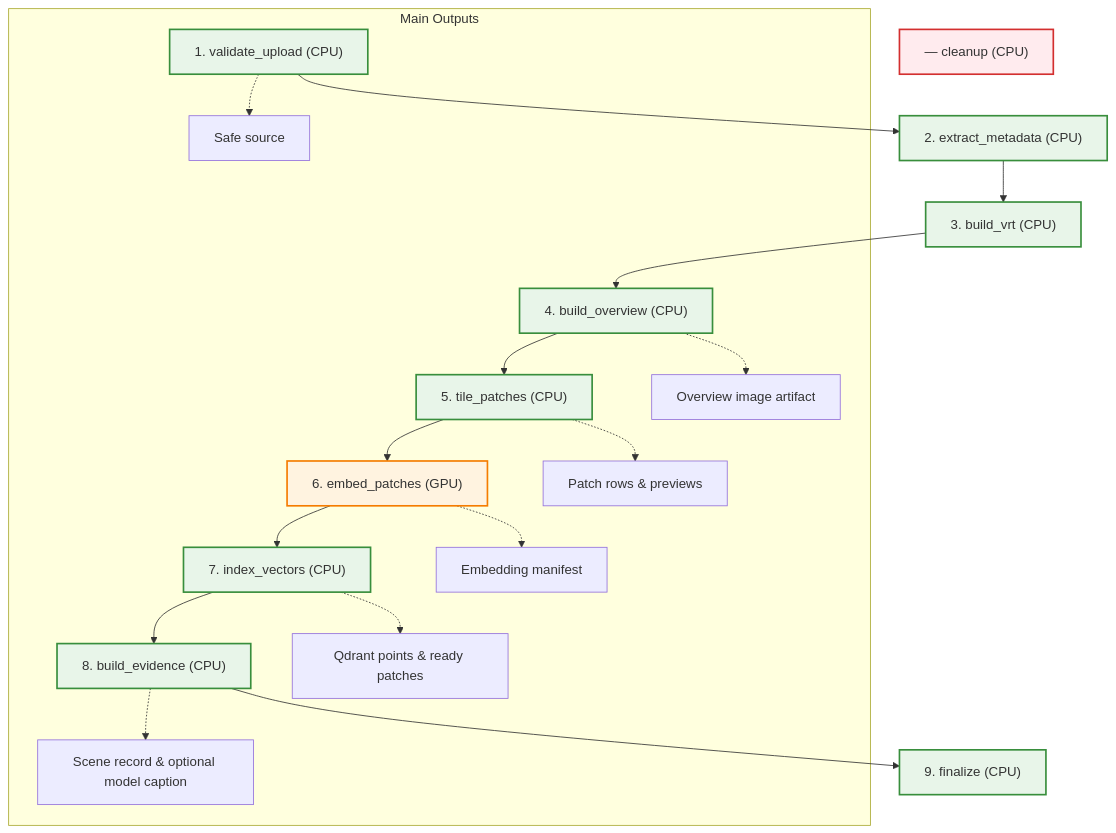
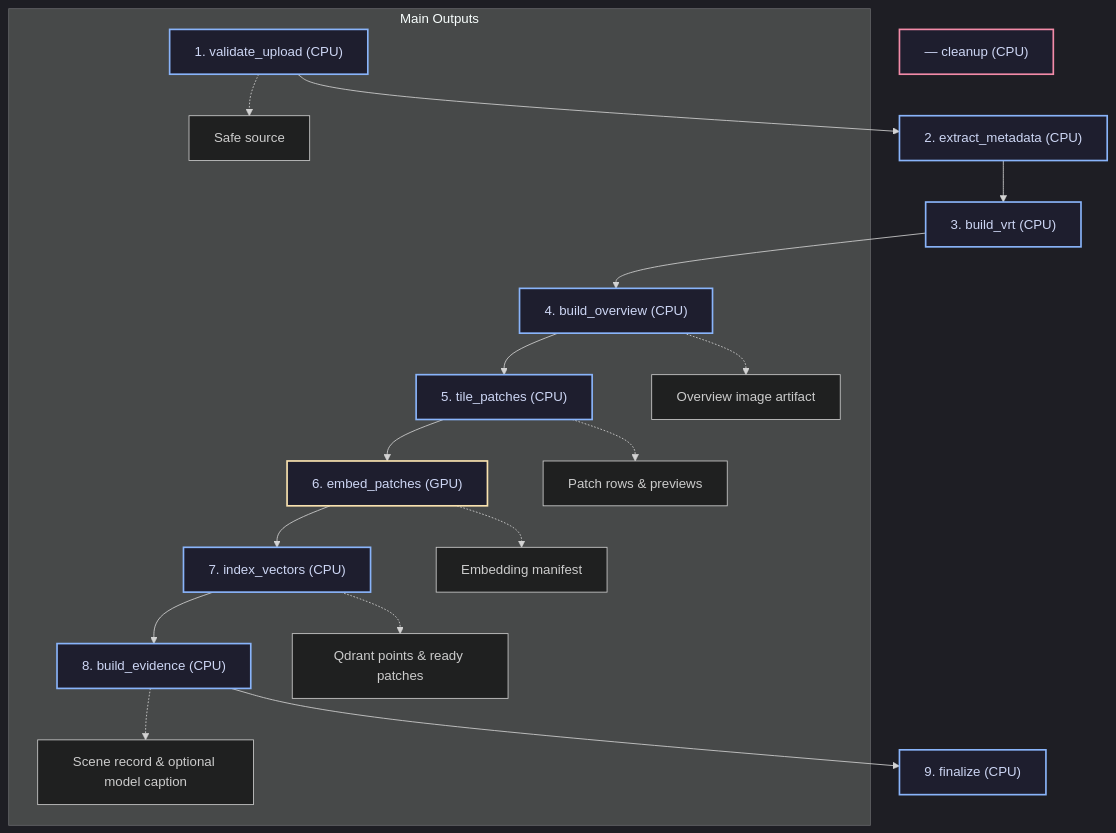
Before and after one commit to Trivo121/Raikou: the fourth of 4 diagrams in README.md, drawn with Mermaid. The commit also changed other lines of this file, not shown here.

Commit message:
Update Mermaid diagram styles in README

````diff
--- a/README.md
+++ b/README.md
@@ -194,26 +197,27 @@
 ```mermaid
+%%{init: {'theme': 'dark', 'themeVariables': { 'fontFamily': 'ui-sans-serif, system-ui, -apple-system, sans-serif'}}}%%
 flowchart TD
-    classDef cpu fill:#e8f5e9,stroke:#388e3c,stroke-width:2px;
-    classDef gpu fill:#fff3e0,stroke:#f57c00,stroke-width:2px;
-    classDef cleanup fill:#ffebee,stroke:#d32f2f,stroke-width:2px;
+    classDef cpu fill:#1e1e2e,stroke:#89b4fa,stroke-width:2px,color:#cdd6f4;
+    classDef gpu fill:#1e1e2e,stroke:#f9e2af,stroke-width:2px,color:#cdd6f4;
+    classDef cleanup fill:#1e1e2e,stroke:#f38ba8,stroke-width:2px,color:#cdd6f4;
 
     s1["1. validate_upload (CPU)"]:::cpu --> s2["2. extract_metadata (CPU)"]:::cpu
     s2 --> s3["3. build_vrt (CPU)"]:::cpu
     s3 --> s4["4. build_overview (CPU)"]:::cpu
     s4 --> s5["5. tile_patches (CPU)"]:::cpu
     s5 --> s6["6. embed_patches (GPU)"]:::gpu
     s6 --> s7["7. index_vectors (CPU)"]:::cpu
     s7 --> s8["8. build_evidence (CPU)"]:::cpu
     s8 --> s9["9. finalize (CPU)"]:::cpu
     
     c["— cleanup (CPU)"]:::cleanup
 
     subgraph "Main Outputs"
         s1 -.-> o1[Safe source]
         s4 -.-> o4[Overview image artifact]
         s5 -.-> o5[Patch rows & previews]
         s6 -.-> o6[Embedding manifest]
         s7 -.-> o7[Qdrant points & ready patches]
         s8 -.-> o8[Scene record & optional model caption]
     end
 ```
````
